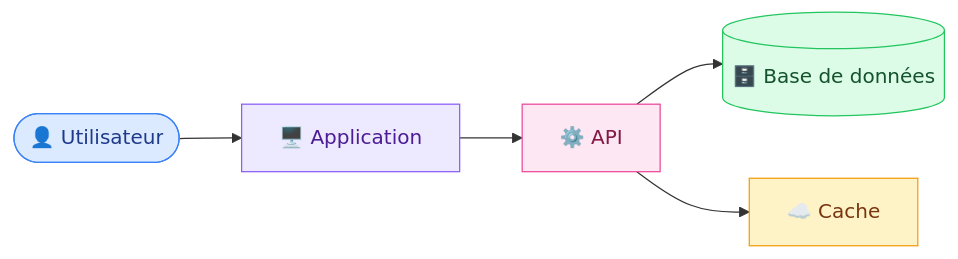
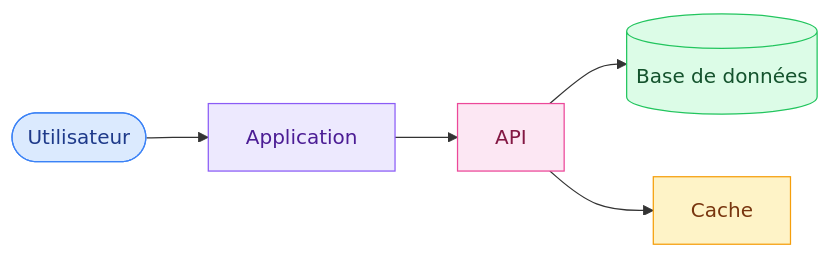
Before and after one commit to GoobyWoobies/HEIA-IT: the first of 4 diagrams in template.md, drawn with Mermaid. The commit also changed other lines of this file and 24 other files, not shown here.

````diff
--- a/template.md
+++ b/template.md
@@ -38,13 +38,13 @@
 ```mermaid
 flowchart LR
-    U(["👤 Utilisateur"]) --> A["🖥️ Application"]
-    A --> API["⚙️ API"]
-    API --> DB[("🗄️ Base de données")]
-    API --> C["☁️ Cache"]
+    U(["Utilisateur"]) --> A["Application"]
+    A --> API["API"]
+    API --> DB[("Base de données")]
+    API --> C["Cache"]
 
     style U fill:#dbeafe,stroke:#3b82f6,color:#1e3a8a
     style A fill:#ede9fe,stroke:#8b5cf6,color:#4c1d95
     style API fill:#fce7f3,stroke:#ec4899,color:#831843
     style DB fill:#dcfce7,stroke:#22c55e,color:#14532d
     style C fill:#fef3c7,stroke:#f59e0b,color:#78350f
 ```
````
